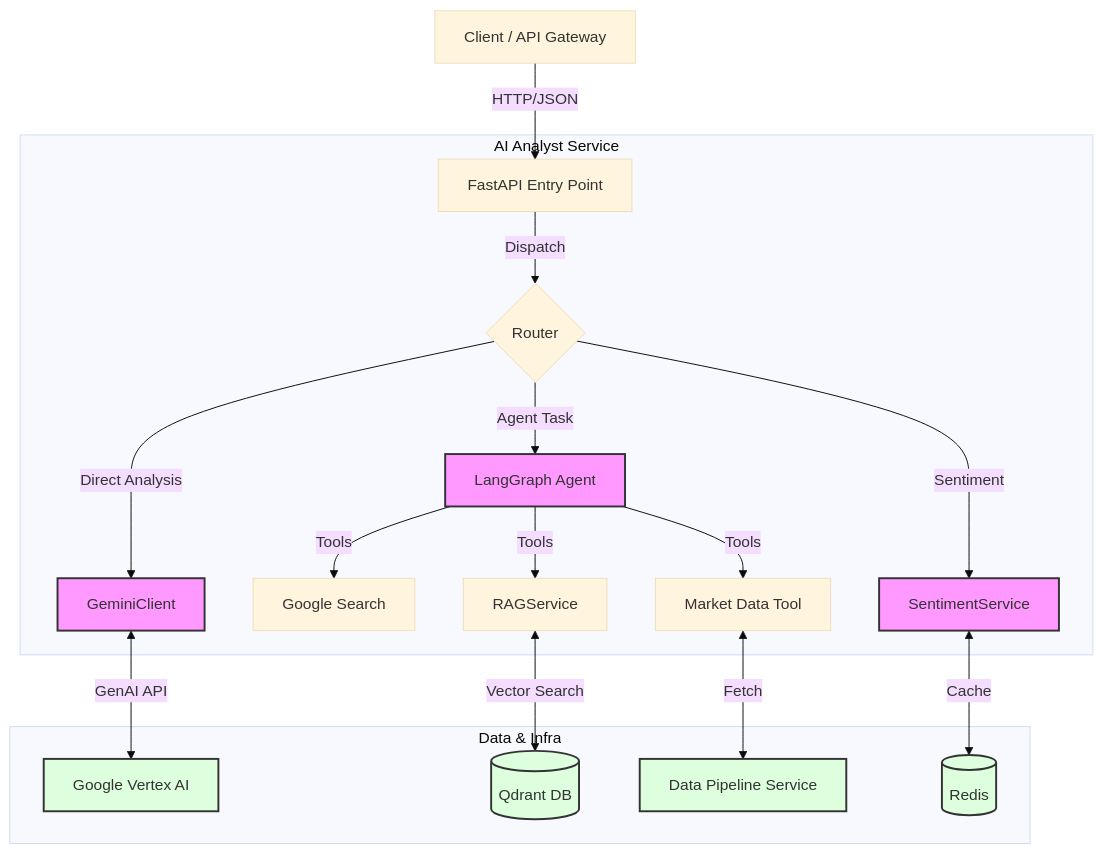
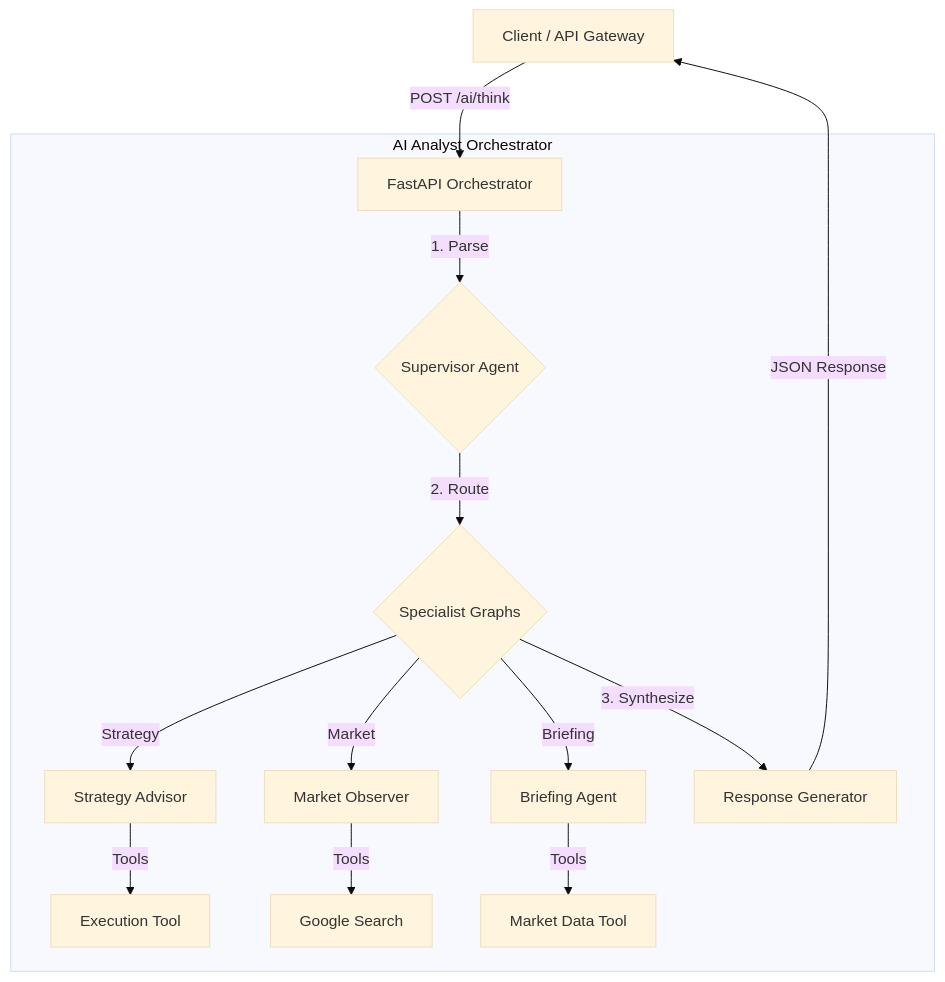
One commit to damrongsak/mtf-trading-system changed the diagram in specs/06_ai_agent.md. Above: the diagram before and after it, drawn with Mermaid (base theme). The commit also changed other lines of this file and 66 other files, not shown here.

````diff
--- a/specs/06_ai_agent.md
+++ b/specs/06_ai_agent.md
@@ -87,27 +87,21 @@
 ```mermaid
 graph TD
-    Client[Client / API Gateway] -->|HTTP/JSON| API[FastAPI Entry Point]
+    Client[Client / API Gateway] -->|POST /ai/think| API[FastAPI Orchestrator]
 
-    subgraph "AI Analyst Service"
-        API -->|Dispatch| Router{Router}
-        Router -->|Direct Analysis| Gemini[GeminiClient]
-        Router -->|Agent Task| Agent[LangGraph Agent]
-        Router -->|Sentiment| SS[SentimentService]
+    subgraph "AI Analyst Orchestrator"
+        API -->|1. Parse| Supervisor{Supervisor Agent}
+        Supervisor -->|2. Route| Specialist{Specialist Graphs}
         
-        Agent -->|Tools| Search[Google Search]
-        Agent -->|Tools| RAG[RAGService]
-        Agent -->|Tools| MK[Market Data Tool]
+        Specialist -->|Strategy| StrategyGraph[Strategy Advisor]
+        Specialist -->|Market| MarketGraph[Market Observer]
+        Specialist -->|Briefing| BriefingGraph[Briefing Agent]
+        
+        StrategyGraph -->|Tools| Exec[Execution Tool]
+        MarketGraph -->|Tools| Search[Google Search]
+        BriefingGraph -->|Tools| Data[Market Data Tool]
+        
+        Specialist -->|3. Synthesize| Final[Response Generator]
     end
 
-    subgraph "Data & Infra"
-        Gemini <-->|GenAI API| Google[Google Vertex AI]
-        RAG <-->|Vector Search| Qdrant[(Qdrant DB)]
-        SS <-->|Cache| Redis[(Redis)]
-        MK <-->|Fetch| DataPipe[Data Pipeline Service]
-    end
-
-    classDef service fill:#f9f,stroke:#333,stroke-width:2px;
-    classDef infra fill:#dfd,stroke:#333,stroke-width:2px;
-    class Gemini,Agent,SS service;
-    class Google,Qdrant,Redis,DataPipe infra;
+    Final -->|JSON Response| Client
 ```
````
